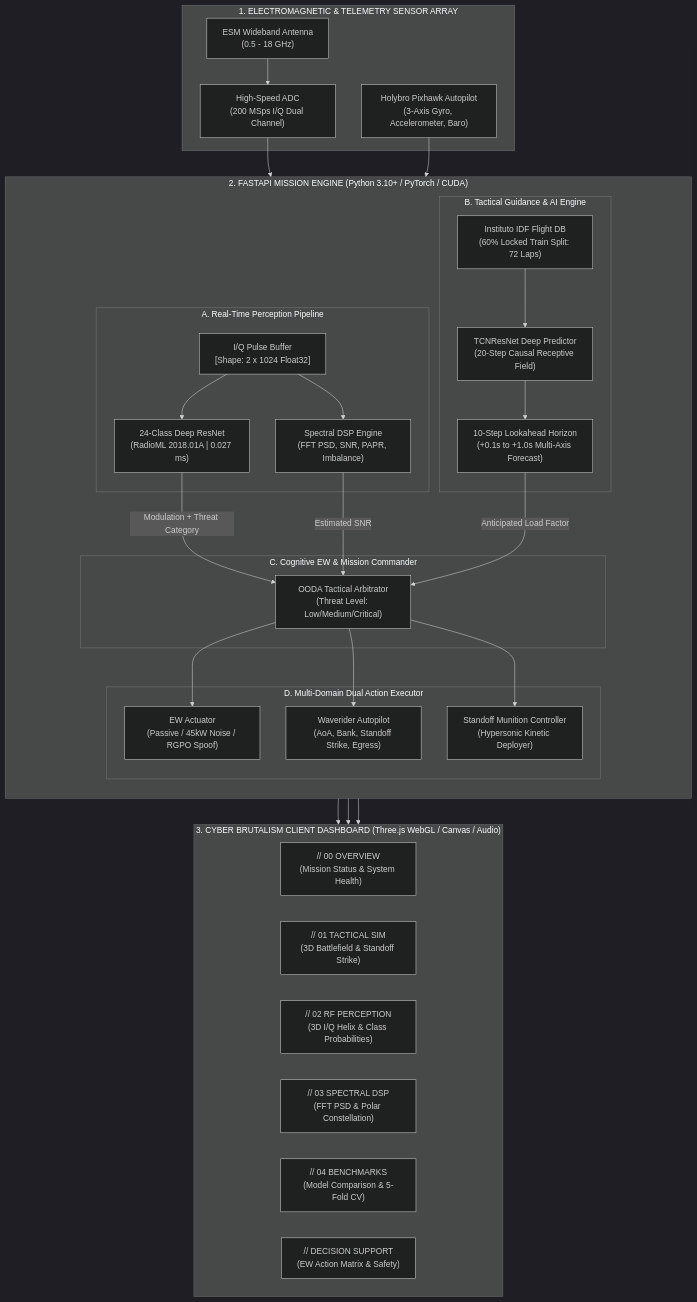
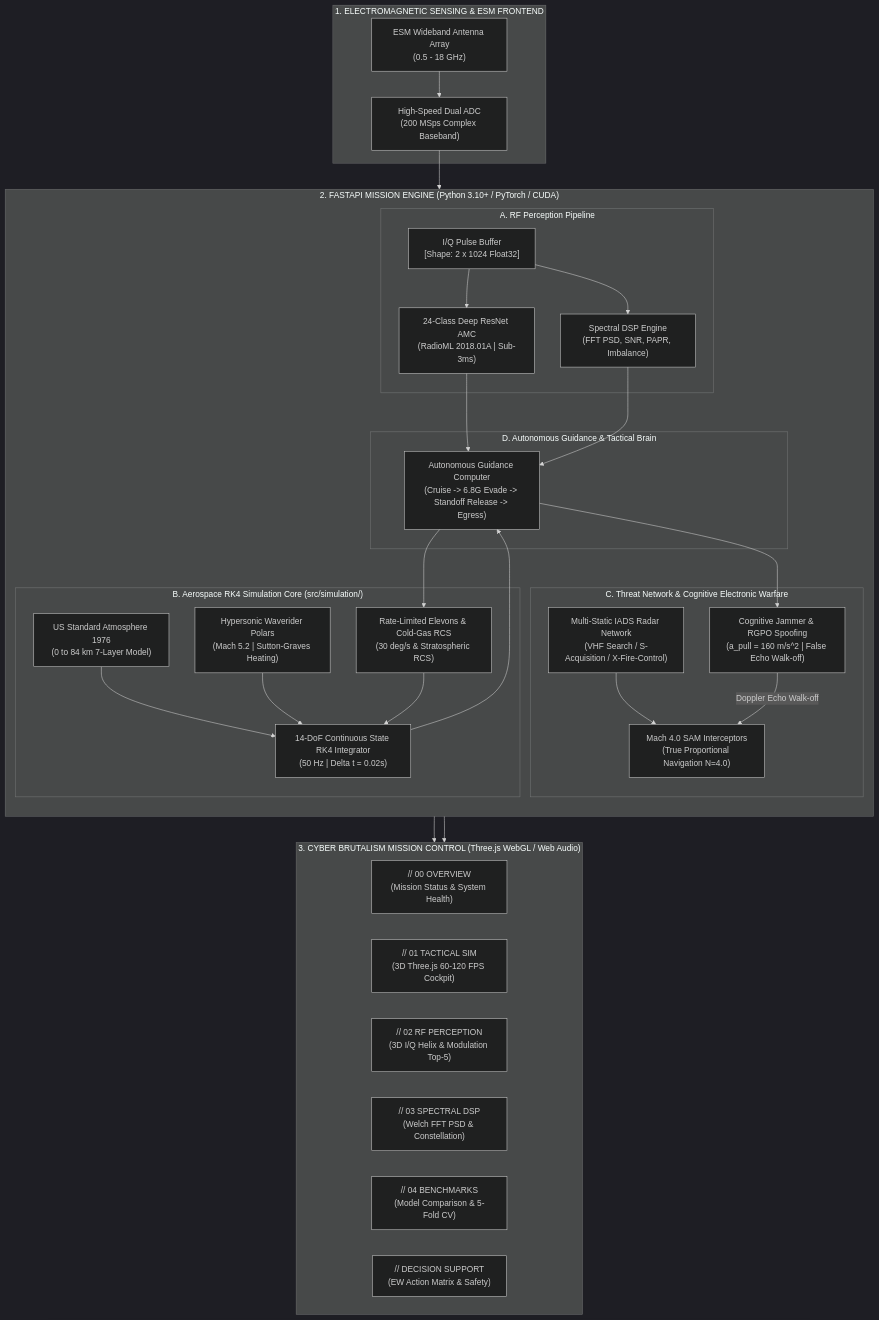
One commit to Rajmund09/COG-EW changed the first of 2 diagrams in PROJECT_COMPREHENSIVE_SPECIFICATION.md. Above: the diagram before and after it, drawn with Mermaid (dark theme). The commit also changed other lines of this file and 46 other files, not shown here.

Commit message:
feat: complete aerospace RK4 50Hz simulation, Gymnasium compliance, PPO neural policy, Three.js 60FPS cockpit, and results architecture

````diff
--- a/PROJECT_COMPREHENSIVE_SPECIFICATION.md
+++ b/PROJECT_COMPREHENSIVE_SPECIFICATION.md
@@ -105,59 +122,59 @@
 ```mermaid
 flowchart TB
-    subgraph SENSORS["1. ELECTROMAGNETIC & TELEMETRY SENSOR ARRAY"]
-        RF_ANT["ESM Wideband Antenna<br/>(0.5 - 18 GHz)"]
-        IQ_ADC["High-Speed ADC<br/>(200 MSps I/Q Dual Channel)"]
-        IMU["Holybro Pixhawk Autopilot<br/>(3-Axis Gyro, Accelerometer, Baro)"]
+    subgraph SENSORS["1. ELECTROMAGNETIC SENSING & ESM FRONTEND"]
+        RF_ANT["ESM Wideband Antenna Array<br/>(0.5 - 18 GHz)"]
+        IQ_ADC["High-Speed Dual ADC<br/>(200 MSps Complex Baseband)"]
         RF_ANT --> IQ_ADC
     end
 
     subgraph BACKEND["2. FASTAPI MISSION ENGINE (Python 3.10+ / PyTorch / CUDA)"]
         direction TB
-        subgraph PERCEPTION_ENGINE["A. Real-Time Perception Pipeline"]
+        subgraph PERCEPTION_ENGINE["A. RF Perception Pipeline"]
             IQ_BUFFER["I/Q Pulse Buffer<br/>[Shape: 2 x 1024 Float32]"]
             DSP_CORE["Spectral DSP Engine<br/>(FFT PSD, SNR, PAPR, Imbalance)"]
-            RESNET_AMC["24-Class Deep ResNet<br/>(RadioML 2018.01A | 0.027 ms)"]
+            RESNET_AMC["24-Class Deep ResNet AMC<br/>(RadioML 2018.01A | Sub-3ms)"]
             IQ_ADC --> IQ_BUFFER
             IQ_BUFFER --> DSP_CORE
             IQ_BUFFER --> RESNET_AMC
         end
 
-        subgraph KINEMATICS_ENGINE["B. Tactical Guidance & AI Engine"]
-            TRAIN_DATA["Instituto IDF Flight DB<br/>(60% Locked Train Split: 72 Laps)"]
-            TCN_MODEL["TCNResNet Deep Predictor<br/>(20-Step Causal Receptive Field)"]
-            HORIZON_GEN["10-Step Lookahead Horizon<br/>(+0.1s to +1.0s Multi-Axis Forecast)"]
-            IMU --> TCN_MODEL
-            TRAIN_DATA --> TCN_MODEL
-            TCN_MODEL --> HORIZON_GEN
+        subgraph AEROSPACE_SIM["B. Aerospace RK4 Simulation Core (src/simulation/)"]
+            RK4_INT["14-DoF Continuous State RK4 Integrator<br/>(50 Hz | Delta t = 0.02s)"]
+            ATMOS_MDL["US Standard Atmosphere 1976<br/>(0 to 84 km 7-Layer Model)"]
+            AERO_MDL["Hypersonic Waverider Polars<br/>(Mach 5.2 | Sutton-Graves Heating)"]
+            ACTUATORS["Rate-Limited Elevons & Cold-Gas RCS<br/>(30 deg/s & Stratospheric RCS)"]
+            ATMOS_MDL --> RK4_INT
+            AERO_MDL --> RK4_INT
+            ACTUATORS --> RK4_INT
         end
 
-        subgraph COGNITIVE_BRAIN["C. Cognitive EW & Mission Commander"]
-            OODA["OODA Tactical Arbitrator<br/>(Threat Level: Low/Medium/Critical)"]
-            RESNET_AMC -->|"Modulation + Threat Category"| OODA
-            DSP_CORE -->|"Estimated SNR"| OODA
-            HORIZON_GEN -->|"Anticipated Load Factor"| OODA
+        subgraph THREAT_EW["C. Threat Network & Cognitive Electronic Warfare"]
+            IADS["Multi-Static IADS Radar Network<br/>(VHF Search / S-Acquisition / X-Fire-Control)"]
+            SAM["Mach 4.0 SAM Interceptors<br/>(True Proportional Navigation N=4.0)"]
+            RGPO_SYS["Cognitive Jammer & RGPO Spoofing<br/>(a_pull = 160 m/s^2 | False Echo Walk-off)"]
+            IADS --> SAM
+            RGPO_SYS -->|"Doppler Echo Walk-off"| SAM
         end
 
-        subgraph ACTUATION["D. Multi-Domain Dual Action Executor"]
-            EW_ALLOC["EW Actuator<br/>(Passive / 45kW Noise / RGPO Spoof)"]
-            FLIGHT_GUIDE["Waverider Autopilot<br/>(AoA, Bank, Standoff Strike, Egress)"]
-            STANDOFF_SYS["Standoff Munition Controller<br/>(Hypersonic Kinetic Deployer)"]
-            OODA --> EW_ALLOC
-            OODA --> FLIGHT_GUIDE
-            OODA --> STANDOFF_SYS
+        subgraph MISSION_BRAIN["D. Autonomous Guidance & Tactical Brain"]
+            GUIDE["Autonomous Guidance Computer<br/>(Cruise -> 6.8G Evade -> Standoff Release -> Egress)"]
+            RESNET_AMC --> GUIDE
+            DSP_CORE --> GUIDE
+            RK4_INT --> GUIDE
+            GUIDE --> ACTUATORS
+            GUIDE --> RGPO_SYS
         end
     end
 
-    subgraph FRONTEND["3. CYBER BRUTALISM CLIENT DASHBOARD (Three.js WebGL / Canvas / Audio)"]
+    subgraph FRONTEND["3. CYBER BRUTALISM MISSION CONTROL (Three.js WebGL / Web Audio)"]
         PAGE_OVERVIEW["// 00 OVERVIEW<br/>(Mission Status & System Health)"]
-        PAGE_SIM["// 01 TACTICAL SIM<br/>(3D Battlefield & Standoff Strike)"]
-        PAGE_RF["// 02 RF PERCEPTION<br/>(3D I/Q Helix & Class Probabilities)"]
-        PAGE_DSP["// 03 SPECTRAL DSP<br/>(FFT PSD & Polar Constellation)"]
+        PAGE_SIM["// 01 TACTICAL SIM<br/>(3D Three.js 60-120 FPS Cockpit)"]
+        PAGE_RF["// 02 RF PERCEPTION<br/>(3D I/Q Helix & Modulation Top-5)"]
+        PAGE_DSP["// 03 SPECTRAL DSP<br/>(Welch FFT PSD & Constellation)"]
         PAGE_BENCH["// 04 BENCHMARKS<br/>(Model Comparison & 5-Fold CV)"]
         PAGE_DECISION["// DECISION SUPPORT<br/>(EW Action Matrix & Safety)"]
     end
 
-    EW_ALLOC --> FRONTEND
-    FLIGHT_GUIDE --> FRONTEND
-    STANDOFF_SYS --> FRONTEND
+    GUIDE --> FRONTEND
+    RK4_INT --> FRONTEND
 ```
````
